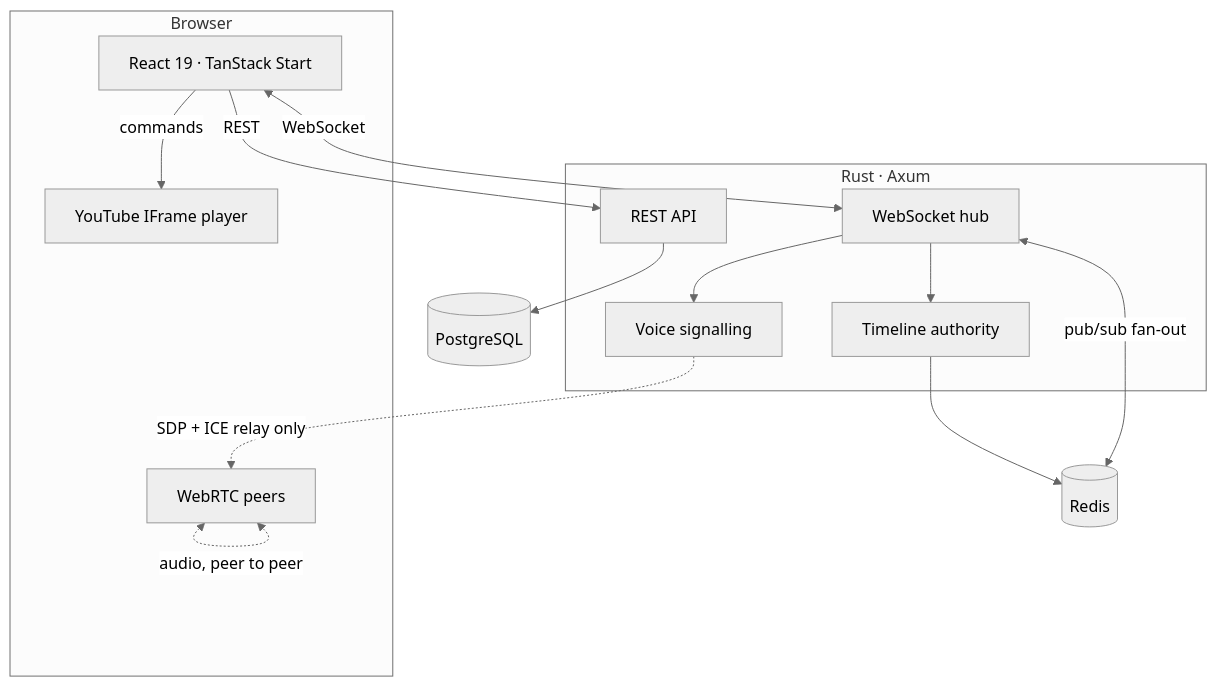
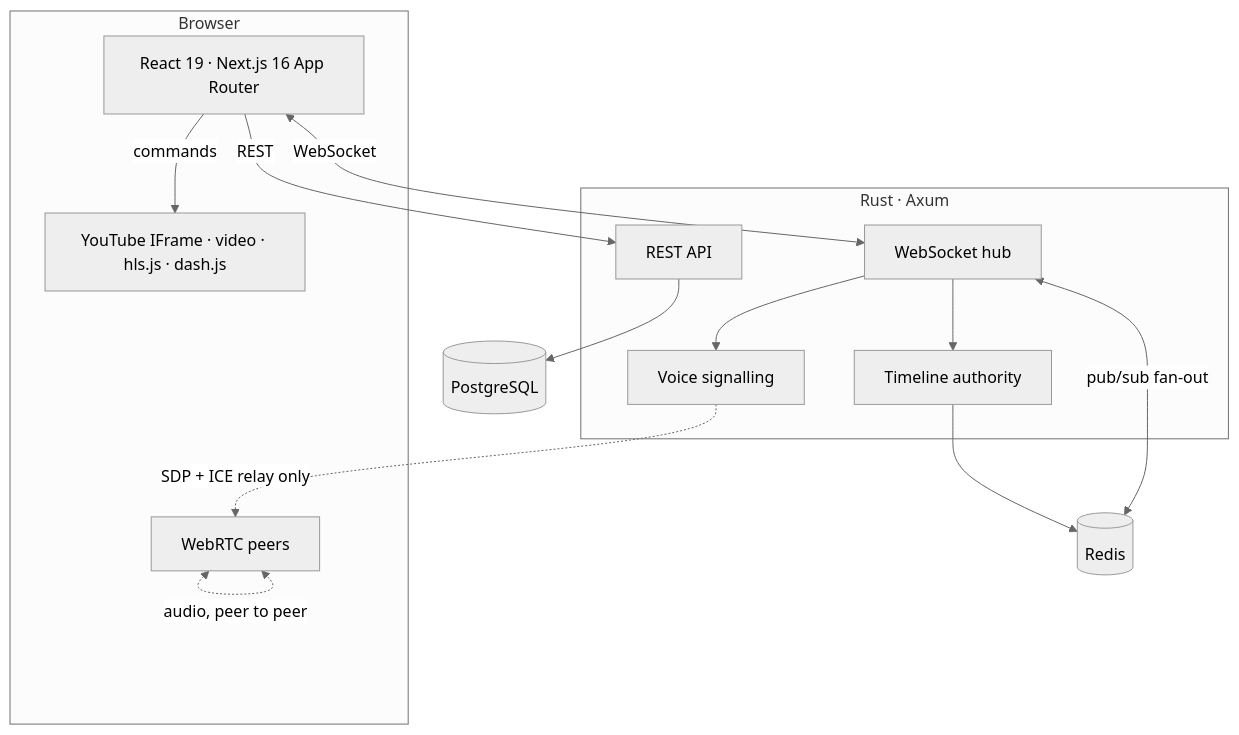
The diagram in README.md (ttherealdev/youtube-rooms), drawn with Mermaid (neutral theme) before and after one commit. The commit also changed other lines of this file and 147 other files, not shown here.

````diff
--- a/README.md
+++ b/README.md
@@ -69,31 +71,31 @@
 ```mermaid
 graph TB
     subgraph Browser
-        UI[React 19 · TanStack Start]
-        YT[YouTube IFrame player]
+        UI[React 19 · Next.js 16 App Router]
+        YT[YouTube IFrame · video · hls.js · dash.js]
         RTC[WebRTC peers]
     end
 
     subgraph "Rust · Axum"
         API[REST API]
         WS[WebSocket hub]
         SYNC[Timeline authority]
         SIG[Voice signalling]
     end
 
     PG[(PostgreSQL)]
     RD[(Redis)]
 
     UI -->|REST| API
     UI <-->|WebSocket| WS
     UI -->|commands| YT
     RTC <-.->|audio, peer to peer| RTC
 
     WS --> SYNC
     WS --> SIG
     SIG -.->|SDP + ICE relay only| RTC
 
     API --> PG
     SYNC --> RD
     WS <-->|pub/sub fan-out| RD
 ```
````
